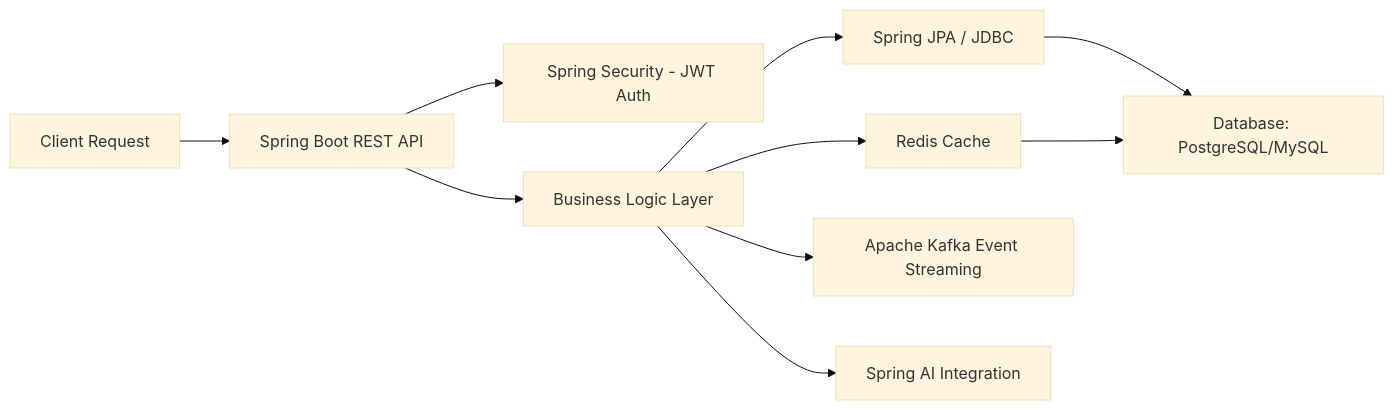
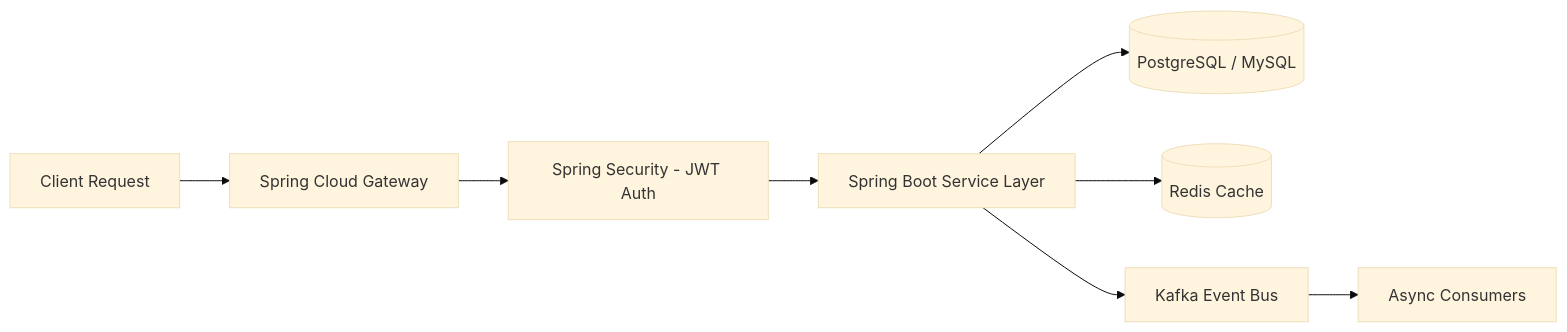
One commit to venkataramireddy1999/venkataramireddy1999 changed the diagram in README.md. Above: the diagram before and after it, drawn with Mermaid (base theme). The commit also changed other lines of this file, not shown here.

````diff
--- a/README.md
+++ b/README.md
@@ -37,18 +70,10 @@
 ```mermaid
 flowchart LR
-A[Client Request] --> B[Spring Boot REST API]
-
-B --> F[Spring Security - JWT Auth]
-
-B --> C[Business Logic Layer]
-
-C --> D[Spring JPA / JDBC]
-D --> E[Database: PostgreSQL/MySQL]
-
-C --> H[Redis Cache]
-H --> E
-
-C --> I[Apache Kafka Event Streaming]
-
-C --> G[Spring AI Integration]
+    A[Client Request] --> B[Spring Cloud Gateway]
+    B --> C[Spring Security - JWT Auth]
+    C --> D[Spring Boot Service Layer]
+    D --> E[(PostgreSQL / MySQL)]
+    D --> F[(Redis Cache)]
+    D --> G[Kafka Event Bus]
+    G --> H[Async Consumers]
 ```
````
